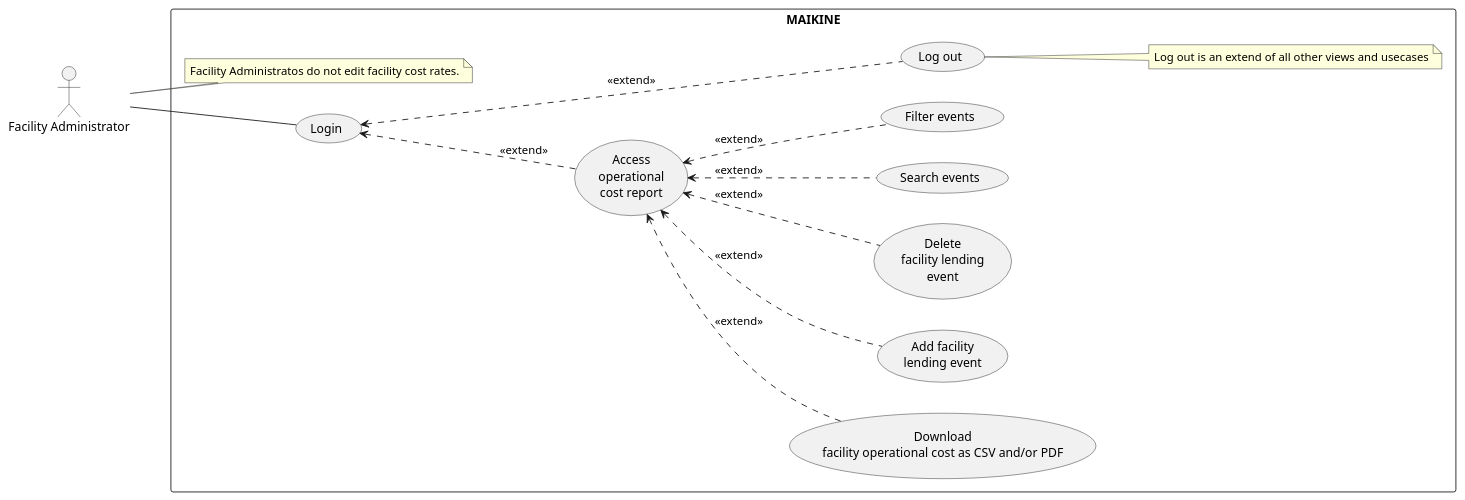
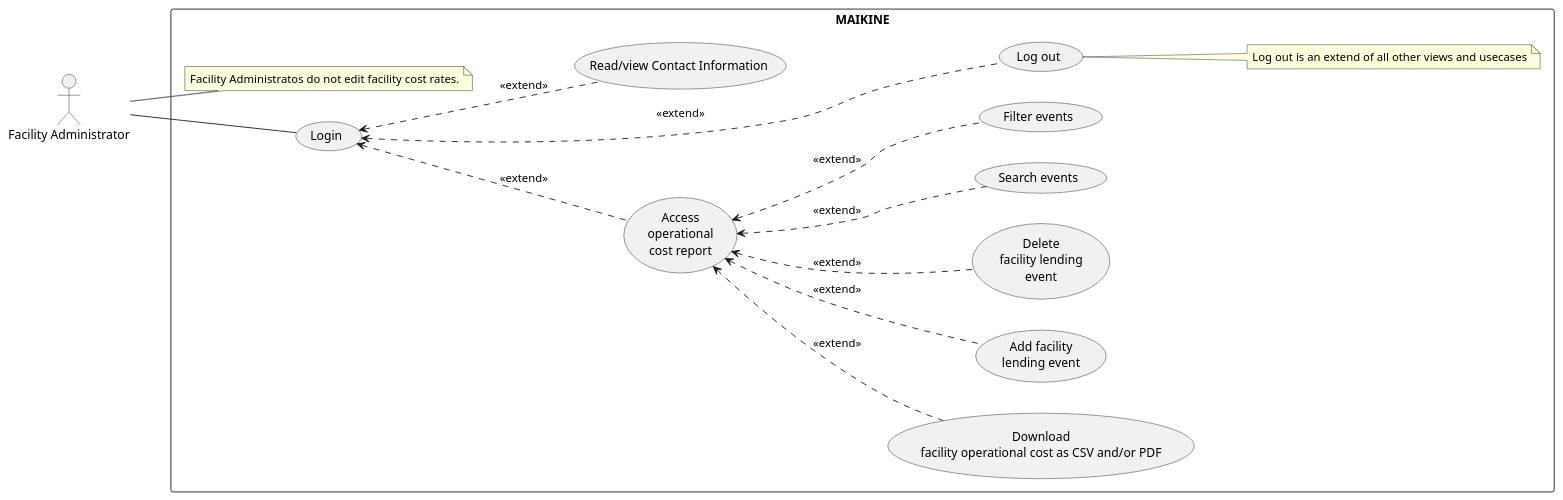
Before and after one commit to JanPerez35/PlantUML: the diagram in usecaseDiagrams/Facility_Administrator_Diagram.puml, drawn with PlantUML. The commit also changed 5 other files, not shown here.

Commit message:
updated diagrams

```diff
--- a/usecaseDiagrams/Facility_Administrator_Diagram.puml
+++ b/usecaseDiagrams/Facility_Administrator_Diagram.puml
@@ -1,39 +1,41 @@
 @startuml
 left to right direction
 skinparam packageStyle rectangle
 
 actor "Facility Administrator" as FacilityAdmin
 
 rectangle MAIKINE {
 
   usecase "Login" as UC_Login
   usecase "Log out" as UC_Logout
   usecase "Access\noperational\ncost report" as UC_OperationalCost
   usecase "Download\nfacility operational cost as CSV and/or PDF" as UC_DownloadCost
   usecase "Add facility\nlending event" as UC_AddEvent
   usecase "Delete\nfacility lending\nevent" as UC_DeleteEvent
   usecase "Search events" as UC_Search
   usecase "Filter events" as UC_Filter
+  usecase "Read/view Contact Information" as UC_ReadContact
   
   note right of (UC_Logout)
   Log out is an extend of all other views and usecases
   end note
 
   note bottom of (FacilityAdmin)
   Facility Administratos do not edit facility cost rates.
   end note
 }
 
 UC_Login <.. UC_Logout :<<extend>>
 FacilityAdmin -- UC_Login
 
 UC_Login <.. UC_OperationalCost : <<extend>>
+UC_Login <.. UC_ReadContact: <<extend>>
 
 UC_OperationalCost <.. UC_DownloadCost : <<extend>>
 UC_OperationalCost <.. UC_AddEvent : <<extend>>
 UC_OperationalCost <.. UC_DeleteEvent : <<extend>>
 UC_OperationalCost <.. UC_Search : <<extend>>
 UC_OperationalCost <.. UC_Filter : <<extend>>
 
 UC_Logout -up[hidden]-> UC_OperationalCost
 @enduml
```
